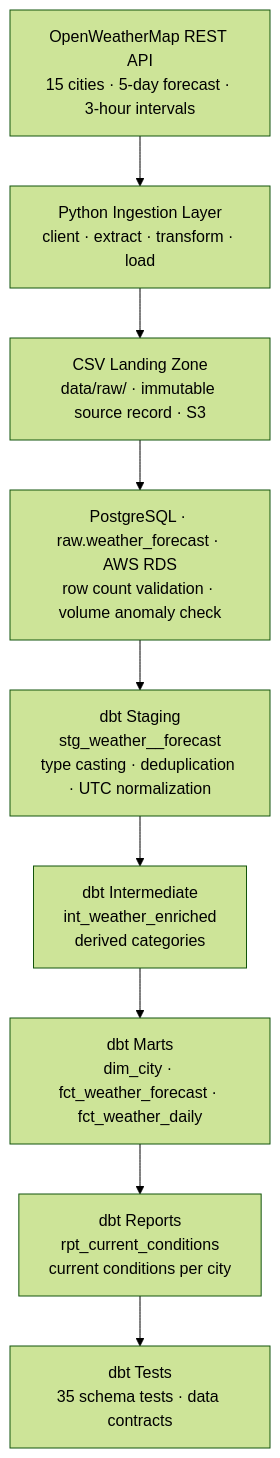
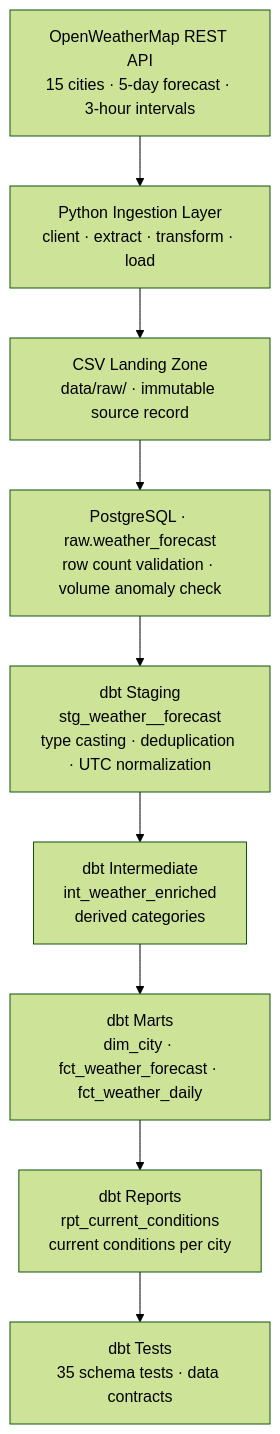
Before and after one commit to pwhite0313/data-pipelines: the diagram in README.md, drawn with Mermaid (forest theme). The commit also changed other lines of this file and 3 other files, not shown here.

````diff
--- a/README.md
+++ b/README.md
@@ -27,11 +27,11 @@
 ```mermaid
 graph TD
     A["OpenWeatherMap REST API\n15 cities · 5-day forecast · 3-hour intervals"] --> B["Python Ingestion Layer\nclient · extract · transform · load"]
-    B --> C["CSV Landing Zone\ndata/raw/ · immutable source record · S3"]
-    C --> D["PostgreSQL · raw.weather_forecast · AWS RDS\nrow count validation · volume anomaly check"]
+    B --> C["CSV Landing Zone\ndata/raw/ · immutable source record"]
+    C --> D["PostgreSQL · raw.weather_forecast\nrow count validation · volume anomaly check"]
     D --> E["dbt Staging\nstg_weather__forecast\ntype casting · deduplication · UTC normalization"]
     E --> F["dbt Intermediate\nint_weather_enriched\nderived categories"]
     F --> G["dbt Marts\ndim_city · fct_weather_forecast · fct_weather_daily"]
     G --> H["dbt Reports\nrpt_current_conditions\ncurrent conditions per city"]
     H --> I["dbt Tests\n35 schema tests · data contracts"]
 ```
````
